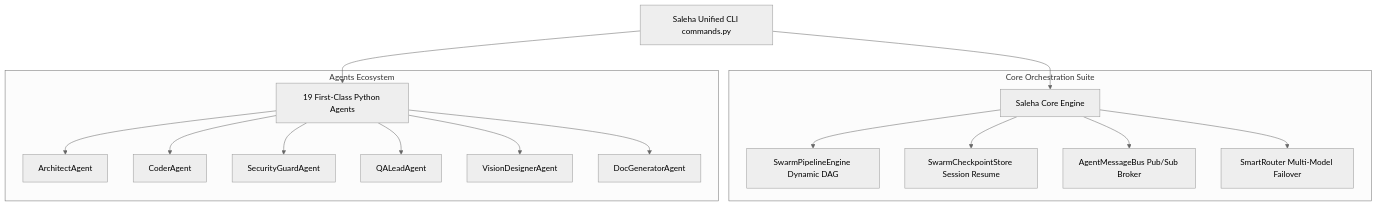
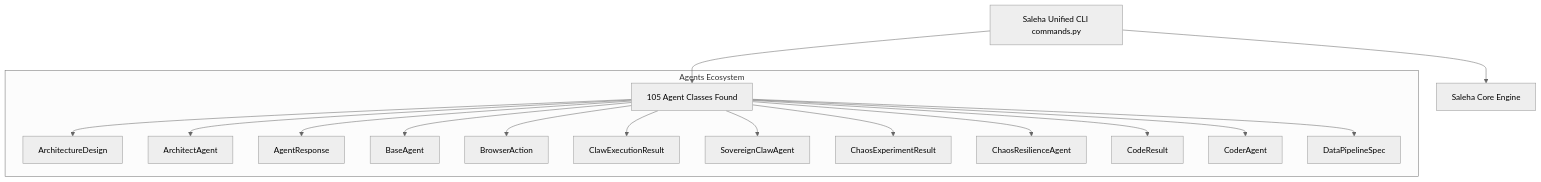
Before and after one commit to MDaftab76678-1945/Saleha: the diagram in docs/ARCHITECTURE.md, drawn with Mermaid (neutral theme). The commit also changed other lines of this file and 4 other files, not shown here.

````diff
--- a/docs/ARCHITECTURE.md
+++ b/docs/ARCHITECTURE.md
@@ -15,21 +15,20 @@
 ```mermaid
 graph TD
     CLI[Saleha Unified CLI commands.py] --> Core[Saleha Core Engine]
-    CLI --> Agents[19 First-Class Python Agents]
-    
-    subgraph "Core Orchestration Suite"
-        Core --> SwarmEngine[SwarmPipelineEngine Dynamic DAG]
-        Core --> CheckpointStore[SwarmCheckpointStore Session Resume]
-        Core --> EventBus[AgentMessageBus Pub/Sub Broker]
-        Core --> Router[SmartRouter Multi-Model Failover]
-    end
-    
+    CLI --> Agents[105 Agent Classes Found]
+
     subgraph "Agents Ecosystem"
-        Agents --> Architect[ArchitectAgent]
-        Agents --> Coder[CoderAgent]
-        Agents --> Security[SecurityGuardAgent]
-        Agents --> QA[QALeadAgent]
-        Agents --> Vision[VisionDesignerAgent]
-        Agents --> DocGen[DocGeneratorAgent]
+        Agents --> ArchitectureDesign["ArchitectureDesign"]
+        Agents --> ArchitectAgent["ArchitectAgent"]
+        Agents --> AgentResponse["AgentResponse"]
+        Agents --> BaseAgent["BaseAgent"]
+        Agents --> BrowserAction["BrowserAction"]
+        Agents --> ClawExecutionResult["ClawExecutionResult"]
+        Agents --> SovereignClawAgent["SovereignClawAgent"]
+        Agents --> ChaosExperimentResult["ChaosExperimentResult"]
+        Agents --> ChaosResilienceAgent["ChaosResilienceAgent"]
+        Agents --> CodeResult["CodeResult"]
+        Agents --> CoderAgent["CoderAgent"]
+        Agents --> DataPipelineSpec["DataPipelineSpec"]
     end
 ```
````
